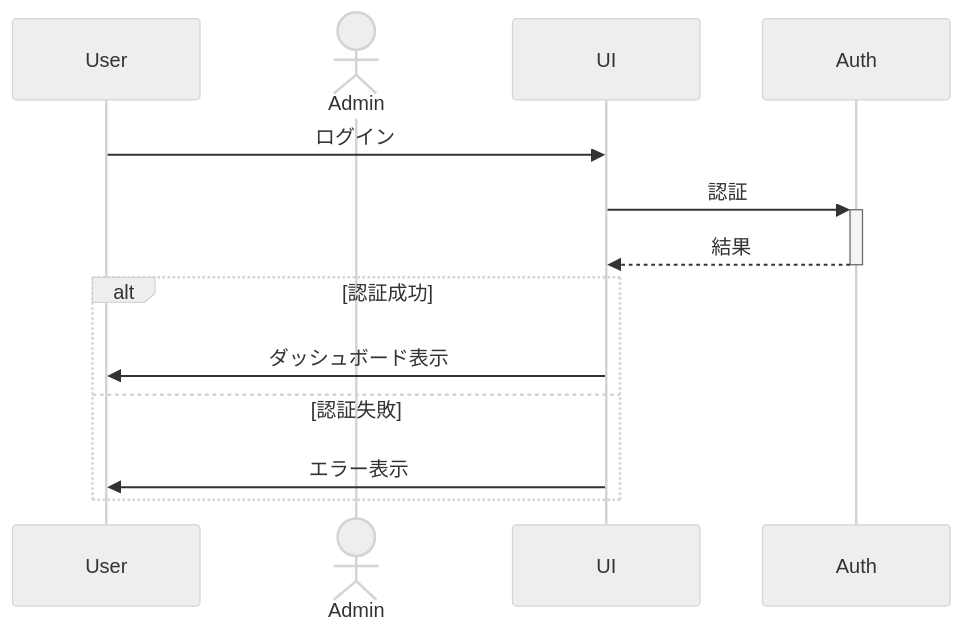
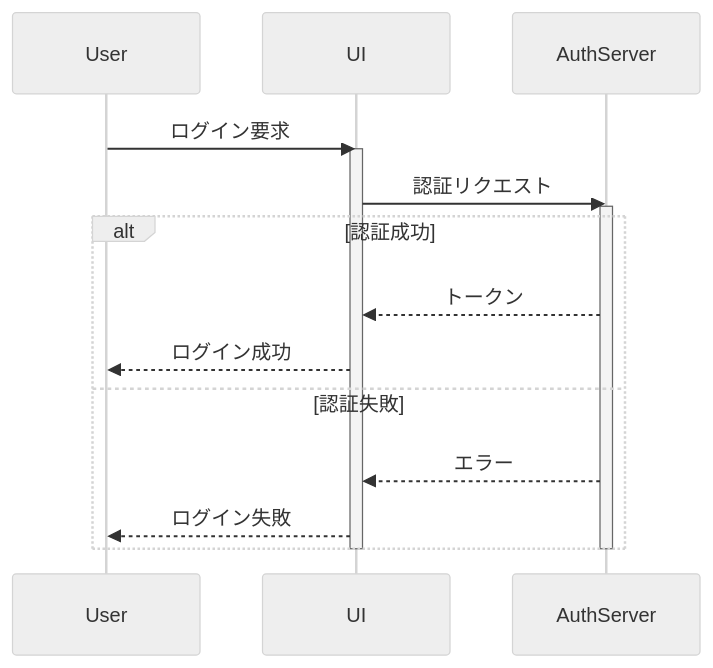
The diagram in README.md (SuperPyonchiX/MermaidConverter), drawn with Mermaid (neutral theme) before and after one commit. The commit also changed other lines of this file and 1965 other files, not shown here.

````diff
--- a/README.md
+++ b/README.md
@@ -103,13 +61,22 @@
 ```mermaid
 sequenceDiagram
     participant User
-    actor Admin
-    User->>UI: ログイン
-    UI->>+Auth: 認証
-    Auth-->>-UI: 結果
+    participant UI
+    participant AuthServer
+    
+    User->>UI: ログイン要求
+    activate UI
+    UI->>AuthServer: 認証リクエスト
+    activate AuthServer
+    
     alt 認証成功
-        UI->>User: ダッシュボード表示
+        AuthServer-->>UI: トークン
+        UI-->>User: ログイン成功
     else 認証失敗
-        UI->>User: エラー表示
+        AuthServer-->>UI: エラー
+        UI-->>User: ログイン失敗
     end
+    
+    deactivate AuthServer
+    deactivate UI
 ```
````
